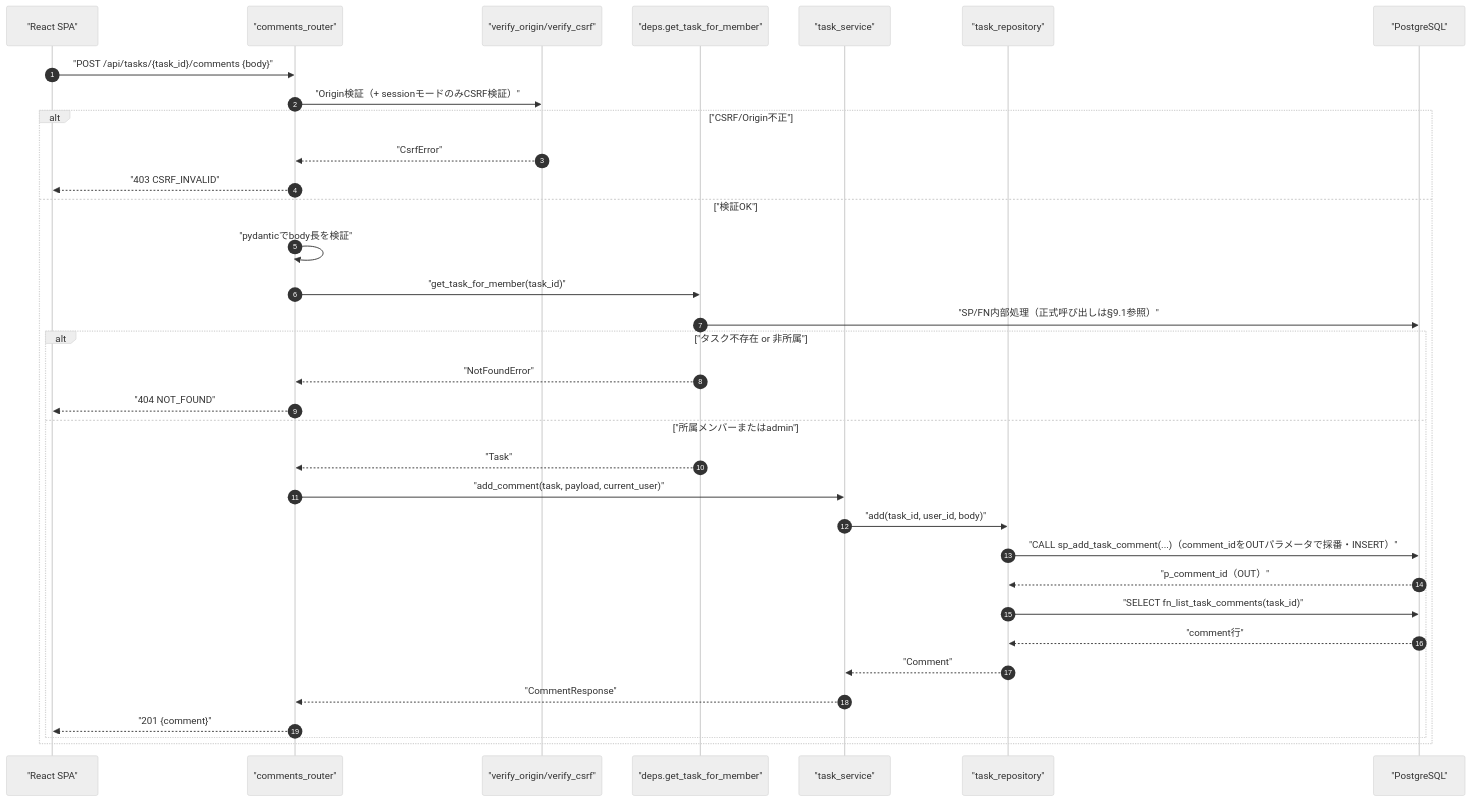
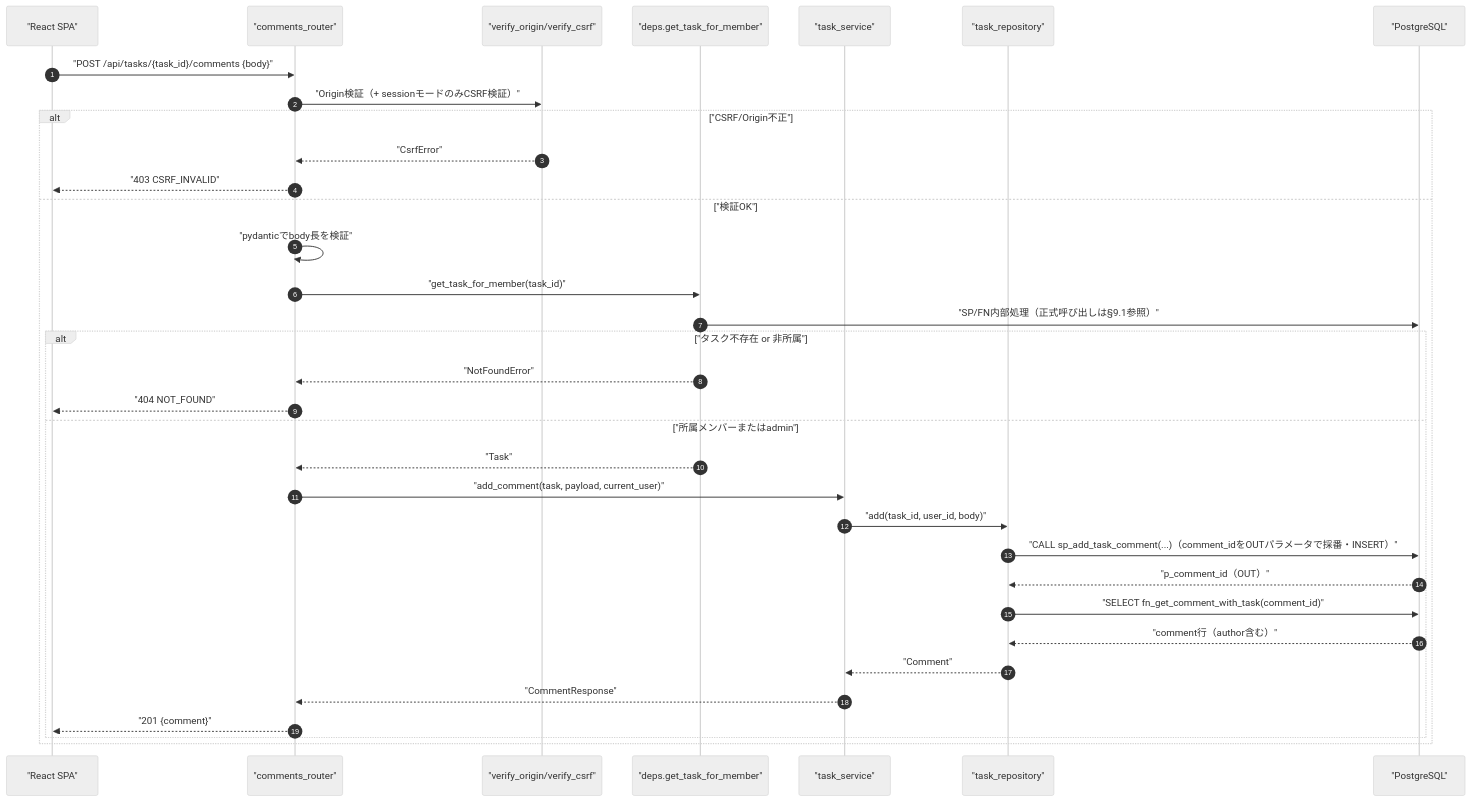
The first of 4 diagrams in docs/detailed_design/api/tasks/07_post_task_comments.md (oikawa-d/task_management), drawn with Mermaid (neutral theme) before and after one commit. The commit also changed other lines of this file, not shown here.

````diff
--- a/docs/detailed_design/api/tasks/07_post_task_comments.md
+++ b/docs/detailed_design/api/tasks/07_post_task_comments.md
@@ -94,37 +94,37 @@
 ```mermaid
 sequenceDiagram
     autonumber
     participant FE as "React SPA"
     participant R as "comments_router"
     participant V as "verify_origin/verify_csrf"
     participant D as "deps.get_task_for_member"
     participant S as "task_service"
     participant TR as "task_repository"
     participant PG as "PostgreSQL"
 
     FE->>R: "POST /api/tasks/{task_id}/comments {body}"
     R->>V: "Origin検証（+ sessionモードのみCSRF検証）"
     alt "CSRF/Origin不正"
         V-->>R: "CsrfError"
         R-->>FE: "403 CSRF_INVALID"
     else "検証OK"
         R->>R: "pydanticでbody長を検証"
         R->>D: "get_task_for_member(task_id)"
         D->>PG: "SP/FN内部処理（正式呼び出しは§9.1参照）"
         alt "タスク不存在 or 非所属"
             D-->>R: "NotFoundError"
             R-->>FE: "404 NOT_FOUND"
         else "所属メンバーまたはadmin"
             D-->>R: "Task"
             R->>S: "add_comment(task, payload, current_user)"
             S->>TR: "add(task_id, user_id, body)"
             TR->>PG: "CALL sp_add_task_comment(...)（comment_idをOUTパラメータで採番・INSERT）"
             PG-->>TR: "p_comment_id（OUT）"
-            TR->>PG: "SELECT fn_list_task_comments(task_id)"
-            PG-->>TR: "comment行"
+            TR->>PG: "SELECT fn_get_comment_with_task(comment_id)"
+            PG-->>TR: "comment行（author含む）"
             TR-->>S: "Comment"
             S-->>R: "CommentResponse"
             R-->>FE: "201 {comment}"
         end
     end
 ```
````
